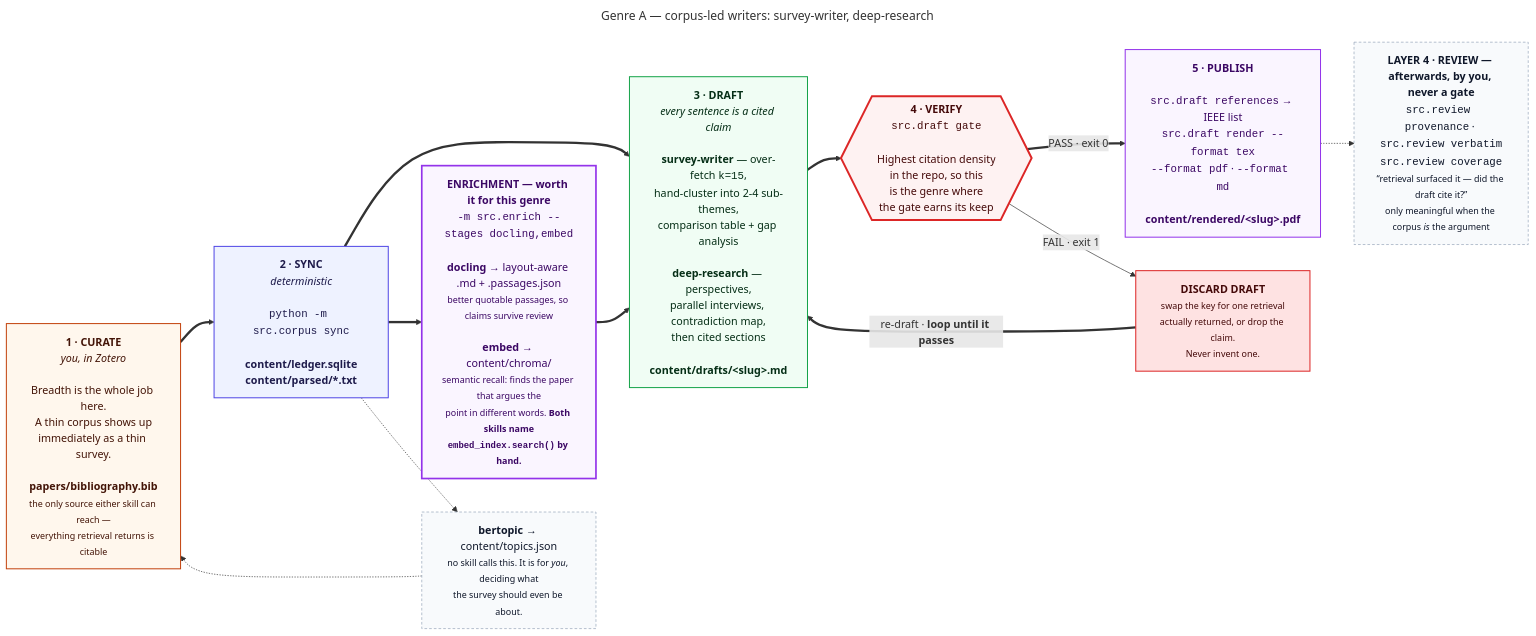
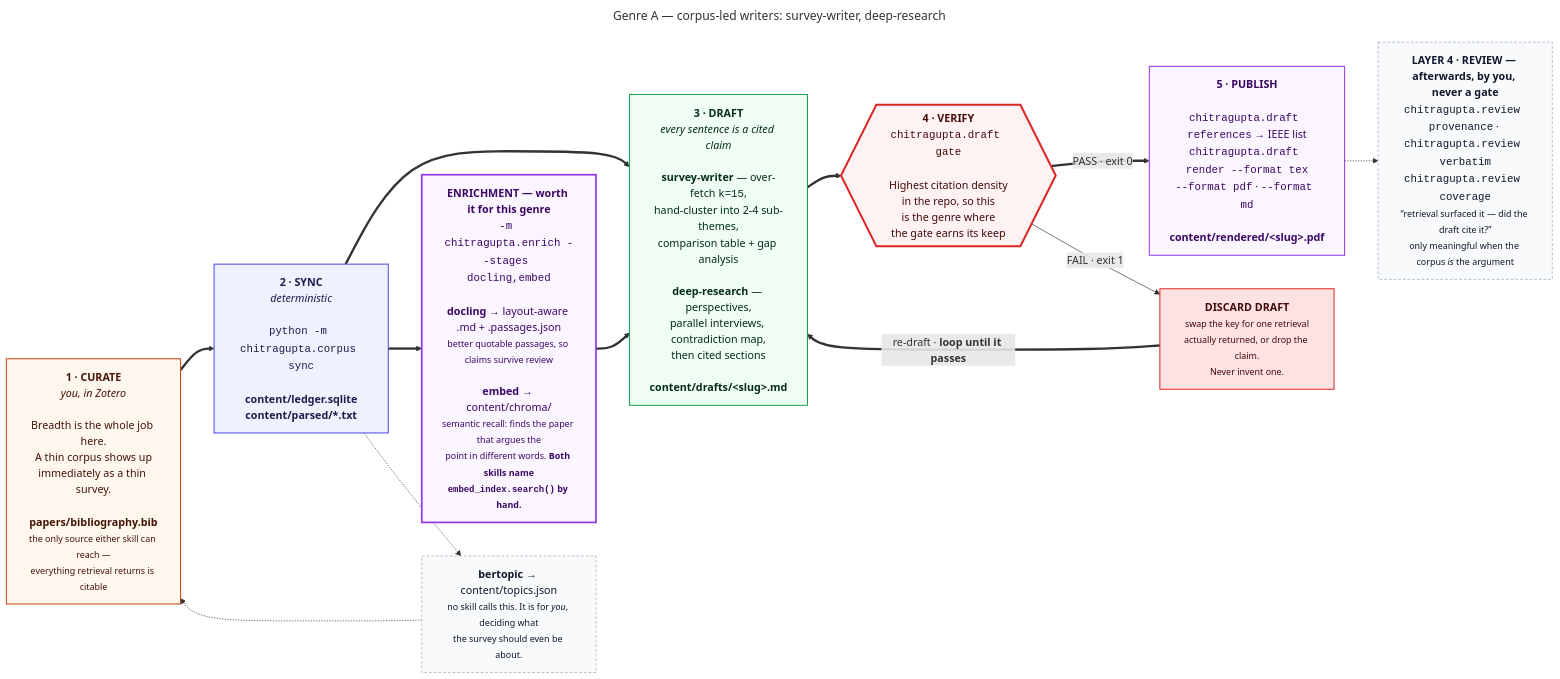
Before and after one commit to prasadtalasila/chitragupta: the diagram in docs/diagrams/g1-corpus-led.mmd, drawn with Mermaid. The commit also changed 255 other files, not shown here.

```diff
--- a/docs/diagrams/g1-corpus-led.mmd
+++ b/docs/diagrams/g1-corpus-led.mmd
@@ -1,48 +1,48 @@
 ---
 title: "Genre A — corpus-led writers: survey-writer, deep-research"
 ---
 flowchart LR
 
   P0["<b>1 · CURATE</b><br/><i>you, in Zotero</i><br/><br/>Breadth is the whole job here.<br/>A thin corpus shows up<br/>immediately as a thin survey.<br/><br/><b>papers/bibliography.bib</b><br/><small>the only source either skill can reach —<br/>everything retrieval returns is citable</small>"]
 
-  P1["<b>2 · SYNC</b><br/><i>deterministic</i><br/><br/><code>python -m src.corpus sync</code><br/><br/><b>content/ledger.sqlite</b><br/><b>content/parsed/*.txt</b>"]
+  P1["<b>2 · SYNC</b><br/><i>deterministic</i><br/><br/><code>python -m chitragupta.corpus sync</code><br/><br/><b>content/ledger.sqlite</b><br/><b>content/parsed/*.txt</b>"]
 
-  HEAVY["<b>ENRICHMENT — worth it for this genre</b><br/><code>-m src.enrich --stages docling,embed</code><br/><br/><b>docling</b> → layout-aware .md + .passages.json<br/><small>better quotable passages, so claims survive review</small><br/><br/><b>embed</b> → content/chroma/<br/><small>semantic recall: finds the paper that argues the<br/>point in different words. <b>Both skills name<br/><code>embed_index.search()</code> by hand.</b></small>"]
+  HEAVY["<b>ENRICHMENT — worth it for this genre</b><br/><code>-m chitragupta.enrich --stages docling,embed</code><br/><br/><b>docling</b> → layout-aware .md + .passages.json<br/><small>better quotable passages, so claims survive review</small><br/><br/><b>embed</b> → content/chroma/<br/><small>semantic recall: finds the paper that argues the<br/>point in different words. <b>Both skills name<br/><code>embed_index.search()</code> by hand.</b></small>"]
 
   P2["<b>3 · DRAFT</b><br/><i>every sentence is a cited claim</i><br/><br/><b>survey-writer</b> — over-fetch <code>k=15</code>,<br/>hand-cluster into 2-4 sub-themes,<br/>comparison table + gap analysis<br/><br/><b>deep-research</b> — perspectives,<br/>parallel interviews, contradiction map,<br/>then cited sections<br/><br/><b>content/drafts/&lt;slug&gt;.md</b>"]
 
-  P3{{"<b>4 · VERIFY</b><br/><code>src.draft gate</code><br/><br/>Highest citation density<br/>in the repo, so this<br/>is the genre where<br/>the gate earns its keep"}}
+  P3{{"<b>4 · VERIFY</b><br/><code>chitragupta.draft gate</code><br/><br/>Highest citation density<br/>in the repo, so this<br/>is the genre where<br/>the gate earns its keep"}}
 
   FIX["<b>DISCARD DRAFT</b><br/><small>swap the key for one retrieval<br/>actually returned, or drop the claim.<br/>Never invent one.</small>"]
 
-  P4["<b>5 · PUBLISH</b><br/><br/><code>src.draft references</code> → IEEE list<br/><code>src.draft render --format tex</code><br/><code>--format pdf</code> · <code>--format md</code><br/><br/><b>content/rendered/&lt;slug&gt;.pdf</b>"]
+  P4["<b>5 · PUBLISH</b><br/><br/><code>chitragupta.draft references</code> → IEEE list<br/><code>chitragupta.draft render --format tex</code><br/><code>--format pdf</code> · <code>--format md</code><br/><br/><b>content/rendered/&lt;slug&gt;.pdf</b>"]
 
-  AID["<b>LAYER 4 · REVIEW — afterwards, by you, never a gate</b><br/><code>src.review provenance</code> · <code>src.review verbatim</code><br/><code>src.review coverage</code><br/><small>“retrieval surfaced it — did the draft cite it?”<br/>only meaningful when the corpus <i>is</i> the argument</small>"]
+  AID["<b>LAYER 4 · REVIEW — afterwards, by you, never a gate</b><br/><code>chitragupta.review provenance</code> · <code>chitragupta.review verbatim</code><br/><code>chitragupta.review coverage</code><br/><small>“retrieval surfaced it — did the draft cite it?”<br/>only meaningful when the corpus <i>is</i> the argument</small>"]
 
   BERT["<b>bertopic</b> → content/topics.json<br/><small>no skill calls this. It is for <i>you</i>, deciding what<br/>the survey should even be about.</small>"]
 
   P0 ==> P1 ==> P2 ==> P3
   P1 ==> HEAVY ==> P2
   P3 == "PASS · exit 0" ==> P4
   P3 -- "FAIL · exit 1" --> FIX
   FIX == "re-draft · <b>loop until it passes</b>" ==> P2
   P4 -.-> AID
   P1 -.-> BERT -.-> P0
 
   classDef you fill:#fff7ed,stroke:#c2410c,stroke-width:1.5px,color:#431407
   classDef det fill:#eef2ff,stroke:#4f46e5,stroke-width:1.5px,color:#1e1b4b
   classDef gen fill:#f0fdf4,stroke:#16a34a,stroke-width:1.5px,color:#052e16
   classDef gate fill:#fef2f2,stroke:#dc2626,stroke-width:3px,color:#450a0a
   classDef out fill:#faf5ff,stroke:#9333ea,stroke-width:1.5px,color:#3b0764
   classDef bad fill:#fee2e2,stroke:#dc2626,stroke-width:1.5px,color:#450a0a
   classDef heavy fill:#faf5ff,stroke:#9333ea,stroke-width:2.5px,color:#3b0764
   classDef aid fill:#f8fafc,stroke:#94a3b8,stroke-dasharray:4 3,color:#0f172a
 
   class P0 you
   class P1 det
   class P2 gen
   class P3 gate
   class P4 out
   class FIX bad
   class HEAVY heavy
   class AID,BERT aid
```
